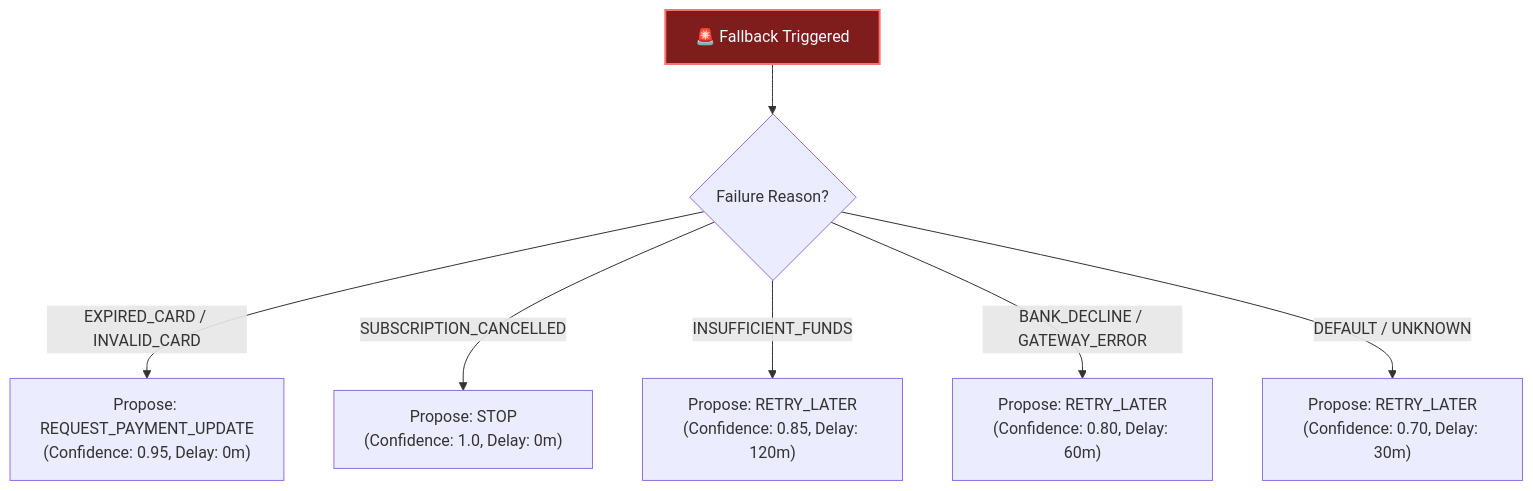
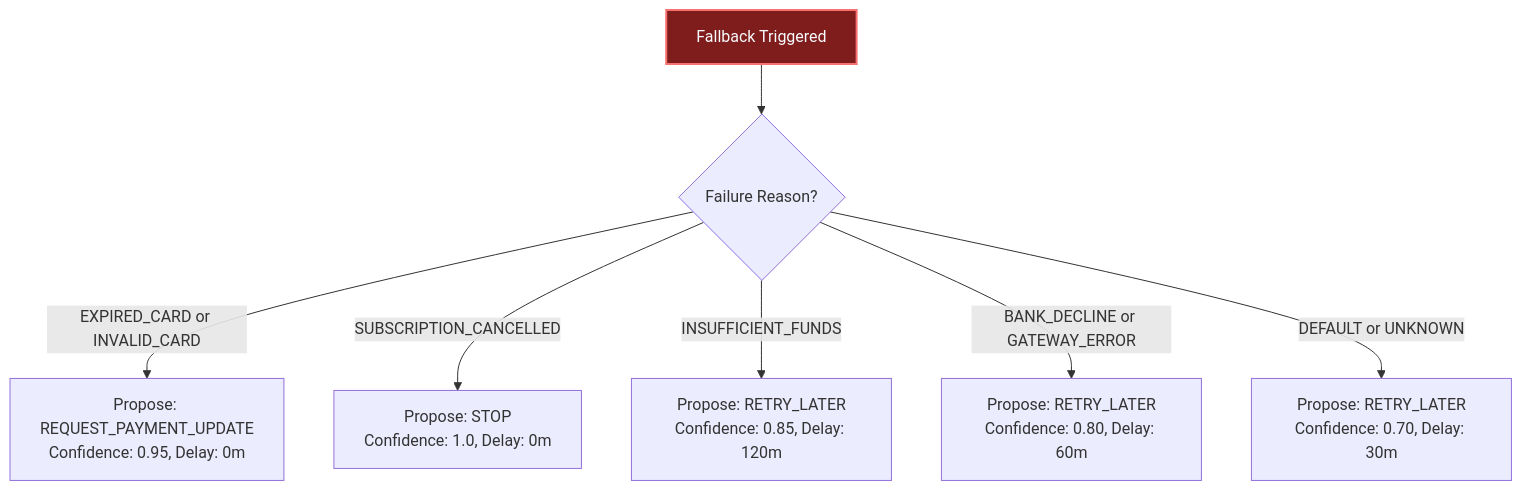
Before and after one commit to TwilightDawn7/AI-Revenue-Recovery-Agent: the fourth of 4 diagrams in docs/AI_DECISION_ENGINE.md, drawn with Mermaid. The commit also changed other lines of this file and 5 other files, not shown here.

Commit message:
fix(docs): resolve Mermaid syntax and parser compatibility issues in architecture and spec diagrams

````diff
--- a/docs/AI_DECISION_ENGINE.md
+++ b/docs/AI_DECISION_ENGINE.md
@@ -141,12 +146,12 @@
 ```mermaid
 flowchart TD
-    FB_IN["🚨 Fallback Triggered"] --> R1{"Failure Reason?"}
+    FB_IN["Fallback Triggered"] --> R1{"Failure Reason?"}
     
-    R1 -->|EXPIRED_CARD / INVALID_CARD| FB_LINK["Propose: REQUEST_PAYMENT_UPDATE<br/>(Confidence: 0.95, Delay: 0m)"]
-    R1 -->|SUBSCRIPTION_CANCELLED| FB_STOP["Propose: STOP<br/>(Confidence: 1.0, Delay: 0m)"]
-    R1 -->|INSUFFICIENT_FUNDS| FB_FUNDS["Propose: RETRY_LATER<br/>(Confidence: 0.85, Delay: 120m)"]
-    R1 -->|BANK_DECLINE / GATEWAY_ERROR| FB_RETRY["Propose: RETRY_LATER<br/>(Confidence: 0.80, Delay: 60m)"]
-    R1 -->|DEFAULT / UNKNOWN| FB_DEF["Propose: RETRY_LATER<br/>(Confidence: 0.70, Delay: 30m)"]
+    R1 -->|EXPIRED_CARD or INVALID_CARD| FB_LINK["Propose: REQUEST_PAYMENT_UPDATE<br/>Confidence: 0.95, Delay: 0m"]
+    R1 -->|SUBSCRIPTION_CANCELLED| FB_STOP["Propose: STOP<br/>Confidence: 1.0, Delay: 0m"]
+    R1 -->|INSUFFICIENT_FUNDS| FB_FUNDS["Propose: RETRY_LATER<br/>Confidence: 0.85, Delay: 120m"]
+    R1 -->|BANK_DECLINE or GATEWAY_ERROR| FB_RETRY["Propose: RETRY_LATER<br/>Confidence: 0.80, Delay: 60m"]
+    R1 -->|DEFAULT or UNKNOWN| FB_DEF["Propose: RETRY_LATER<br/>Confidence: 0.70, Delay: 30m"]
 
     style FB_IN fill:#7f1d1d,stroke:#f87171,stroke-width:2px,color:#f8fafc
 ```
````
